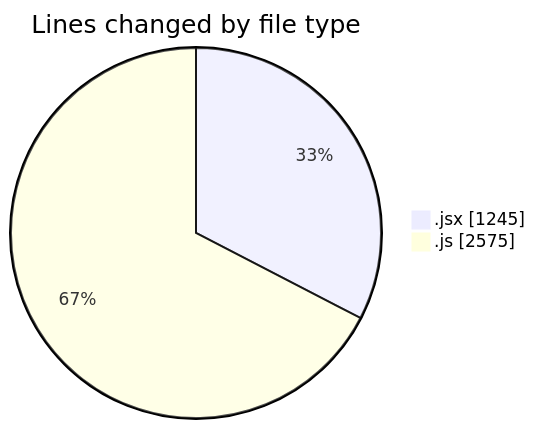
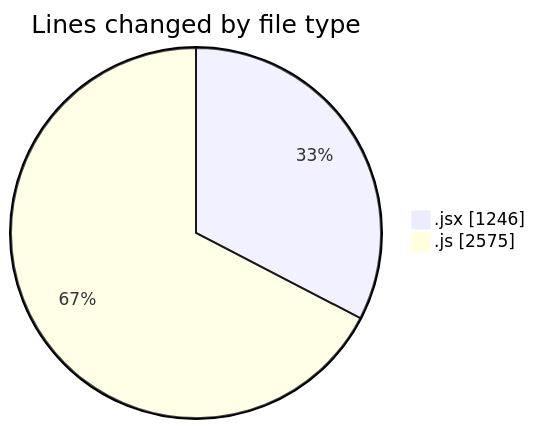
Before and after one commit to nxtqubesakshisongat/code-tracking: the first of 2 diagrams in 2025-07-25/nxtqube_webapp/README.md, drawn with Mermaid. The commit also changed other lines of this file and 1 other file, not shown here.

````diff
--- a/2025-07-25/nxtqube_webapp/README.md
+++ b/2025-07-25/nxtqube_webapp/README.md
@@ -33,6 +33,6 @@
 ```mermaid
 pie showData
 title Lines changed by file type
-".jsx" : 1245
+".jsx" : 1246
 ".js" : 2575
 ```
````
